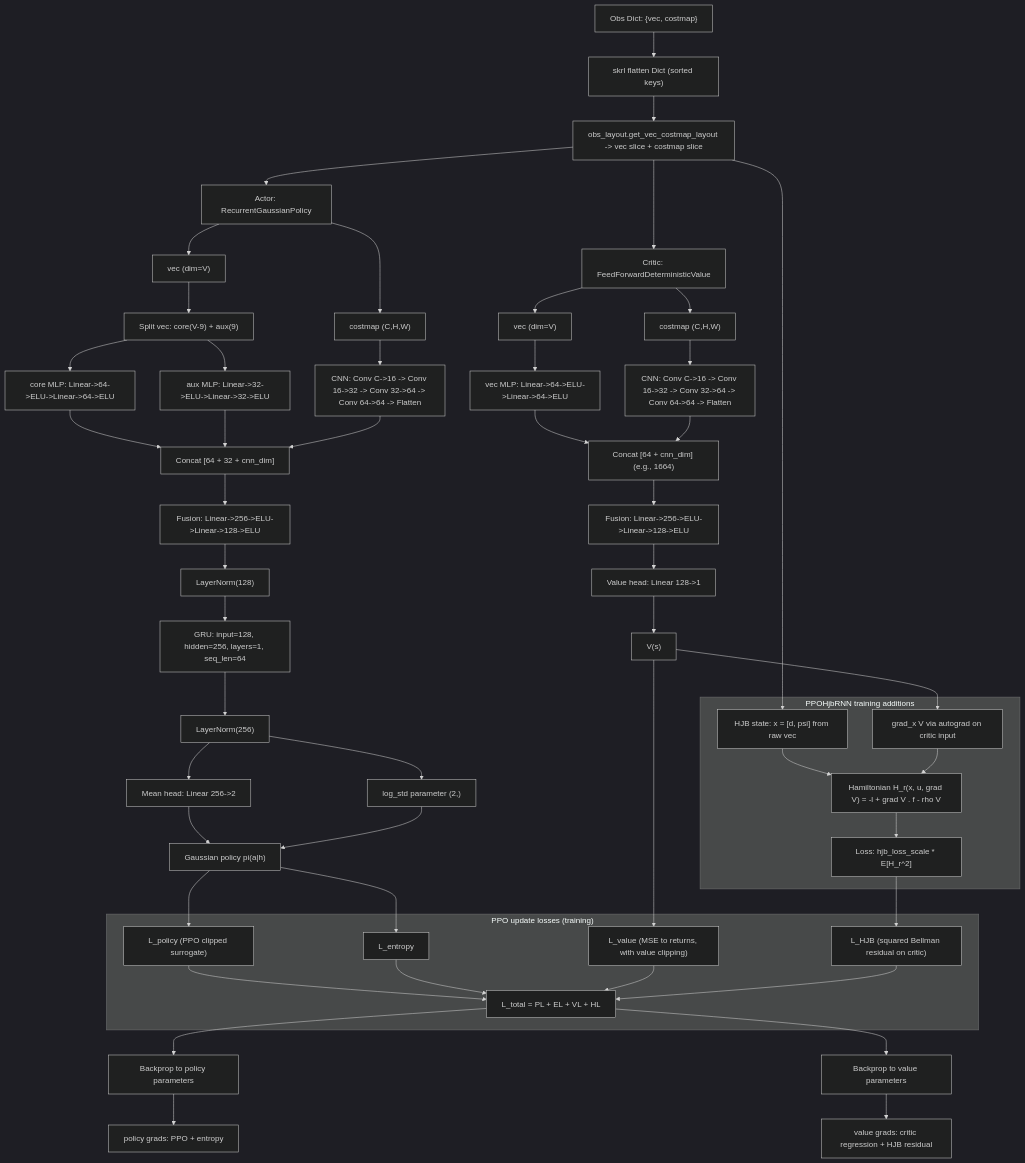
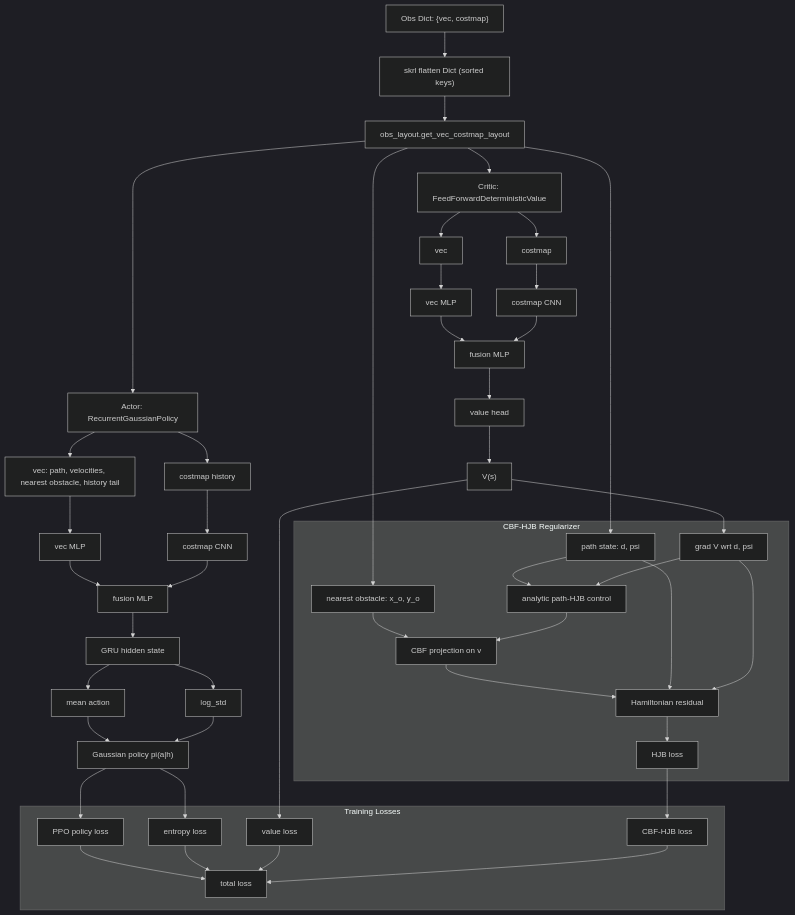
Before and after one commit to ulanpy/pirl: the diagram in projects/pirl/docs/ppo_aux_architecture_graph.md, drawn with Mermaid (dark theme). The commit also changed other lines of this file and 7 other files, not shown here.

Commit message:
feat(hjb): added Control Barrier Function for hjb loss

````diff
--- a/projects/pirl/docs/ppo_aux_architecture_graph.md
+++ b/projects/pirl/docs/ppo_aux_architecture_graph.md
@@ -3,84 +3,67 @@
 ```mermaid
 flowchart TD
     O["Obs Dict: {vec, costmap}"] --> F["skrl flatten Dict (sorted keys)"]
-    F --> L["obs_layout.get_vec_costmap_layout -> vec slice + costmap slice"]
+    F --> L["obs_layout.get_vec_costmap_layout"]
 
-    %% ===================== ACTOR =====================
     L --> A0["Actor: RecurrentGaussianPolicy"]
-
-    A0 --> AV["vec (dim=V)"]
-    A0 --> AC["costmap (C,H,W)"]
-
-    AV --> AVS["Split vec: core(V-9) + aux(9)"]
-    AVS --> AV1["core MLP: Linear->64->ELU->Linear->64->ELU"]
-    AVS --> AV2["aux MLP: Linear->32->ELU->Linear->32->ELU"]
-
-    AC --> ACNN["CNN: Conv C->16 -> Conv 16->32 -> Conv 32->64 -> Conv 64->64 -> Flatten"]
-
-    AV1 --> AJ
-    AV2 --> AJ
-    ACNN --> AJ
-    AJ["Concat [64 + 32 + cnn_dim]"] --> AF["Fusion: Linear->256->ELU->Linear->128->ELU"]
-    AF --> ALN1["LayerNorm(128)"]
-    ALN1 --> AGRU["GRU: input=128, hidden=256, layers=1, seq_len=64"]
-    AGRU --> ALN2["LayerNorm(256)"]
-    ALN2 --> AM["Mean head: Linear 256->2"]
-    ALN2 --> ALS["log_std parameter (2,)"]
-
+    A0 --> AV["vec: path, velocities, nearest obstacle, history tail"]
+    A0 --> AC["costmap history"]
+    AV --> AV1["vec MLP"]
+    AC --> ACNN["costmap CNN"]
+    AV1 --> AF["fusion MLP"]
+    ACNN --> AF
+    AF --> AGRU["GRU hidden state"]
+    AGRU --> AM["mean action"]
+    AGRU --> ALS["log_std"]
     AM --> API["Gaussian policy pi(a|h)"]
     ALS --> API
 
-    %% ===================== CRITIC =====================
     L --> C0["Critic: FeedForwardDeterministicValue"]
-
-    C0 --> CV["vec (dim=V)"]
-    C0 --> CC["costmap (C,H,W)"]
-
-    CV --> CV1["vec MLP: Linear->64->ELU->Linear->64->ELU"]
-    CC --> CCNN["CNN: Conv C->16 -> Conv 16->32 -> Conv 32->64 -> Conv 64->64 -> Flatten"]
-
-    CV1 --> CJ
-    CCNN --> CJ
-    CJ["Concat [64 + cnn_dim] (e.g., 1664)"] --> CF["Fusion: Linear->256->ELU->Linear->128->ELU"]
-    CF --> VH["Value head: Linear 128->1"]
+    C0 --> CV["vec"]
+    C0 --> CC["costmap"]
+    CV --> CV1["vec MLP"]
+    CC --> CCNN["costmap CNN"]
+    CV1 --> CF["fusion MLP"]
+    CCNN --> CF
+    CF --> VH["value head"]
     VH --> VOUT["V(s)"]
 
-    %% ===================== HJB BRANCH IN AGENT =====================
-    subgraph HJB["PPOHjbRNN training additions"]
-        H1["HJB state: x = [d, psi] from raw vec"]
-        H2["grad_x V via autograd on critic input"]
-        H3["Hamiltonian H_r(x, u, grad V) = -l + grad V . f - rho V"]
-        H4["Loss: hjb_loss_scale * E[H_r^2]"]
+    subgraph hjbBranch [CBF-HJB Regularizer]
+        H1["path state: d, psi"]
+        H2["nearest obstacle: x_o, y_o"]
+        H3["grad V wrt d, psi"]
+        H4["analytic path-HJB control"]
+        H5["CBF projection on v"]
+        H6["Hamiltonian residual"]
+        H7["HJB loss"]
     end
 
     L --> H1
-    VOUT --> H2
-    H1 --> H3
-    H2 --> H3
+    L --> H2
+    VOUT --> H3
+    H1 --> H4
     H3 --> H4
+    H2 --> H5
+    H4 --> H5
+    H5 --> H6
+    H1 --> H6
+    H3 --> H6
+    H6 --> H7
 
-    %% ===================== LOSSES & GRADIENT FLOW =====================
-    subgraph LOSSES["PPO update losses (training)"]
-        PL["L_policy (PPO clipped surrogate)"]
-        EL["L_entropy"]
-        VL["L_value (MSE to returns, with value clipping)"]
-        HL["L_HJB (squared Bellman residual on critic)"]
-        TL["L_total = PL + EL + VL + HL"]
+    subgraph losses [Training Losses]
+        PL["PPO policy loss"]
+        EL["entropy loss"]
+        VL["value loss"]
+        HL["CBF-HJB loss"]
+        TL["total loss"]
     end
 
     API --> PL
     API --> EL
     VOUT --> VL
-    H4 --> HL
-
+    H7 --> HL
     PL --> TL
     EL --> TL
     VL --> TL
     HL --> TL
-
-    TL --> GP["Backprop to policy parameters"]
-    TL --> GV["Backprop to value parameters"]
-
-    GP --> NOTE1["policy grads: PPO + entropy"]
-    GV --> NOTE2["value grads: critic regression + HJB residual"]
 ```
````
